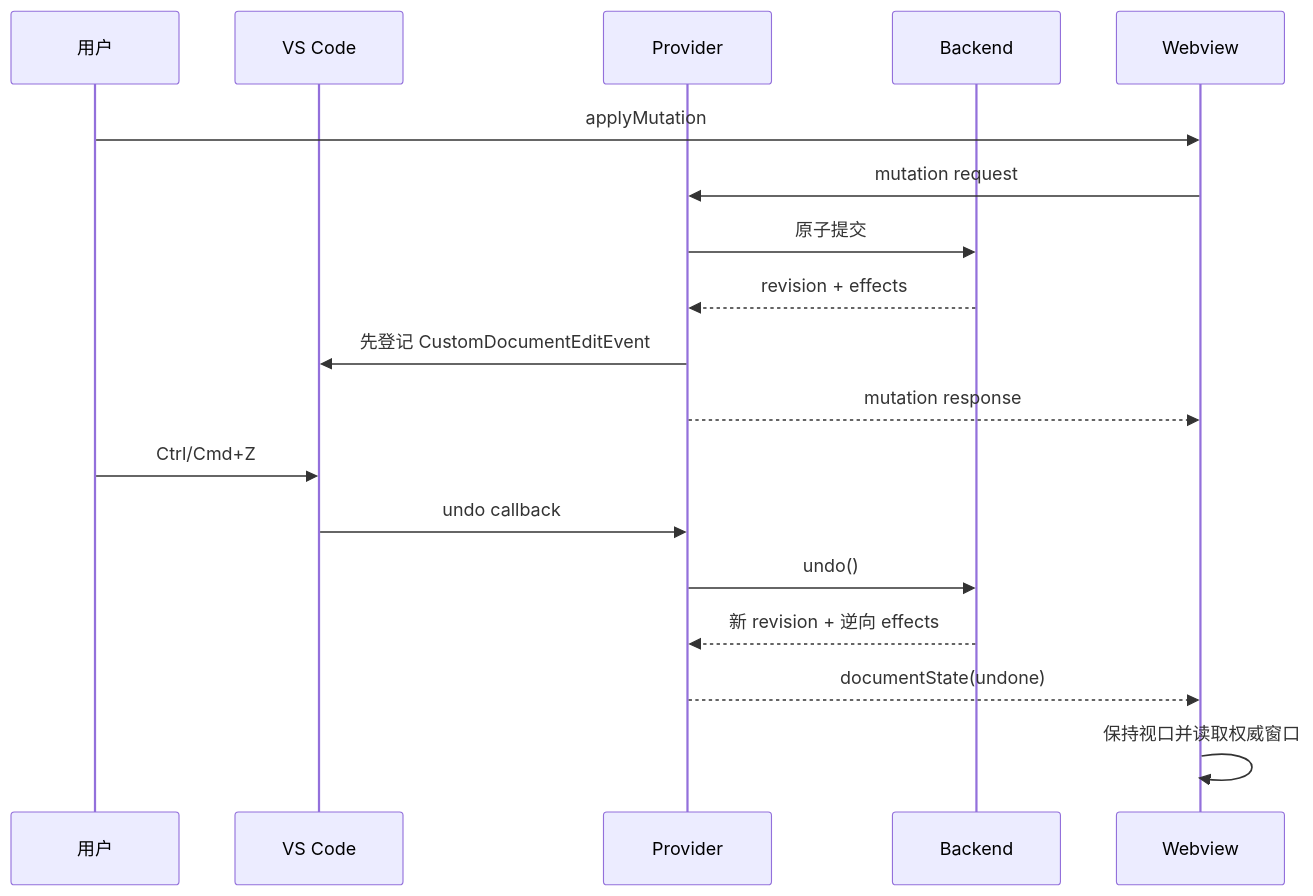
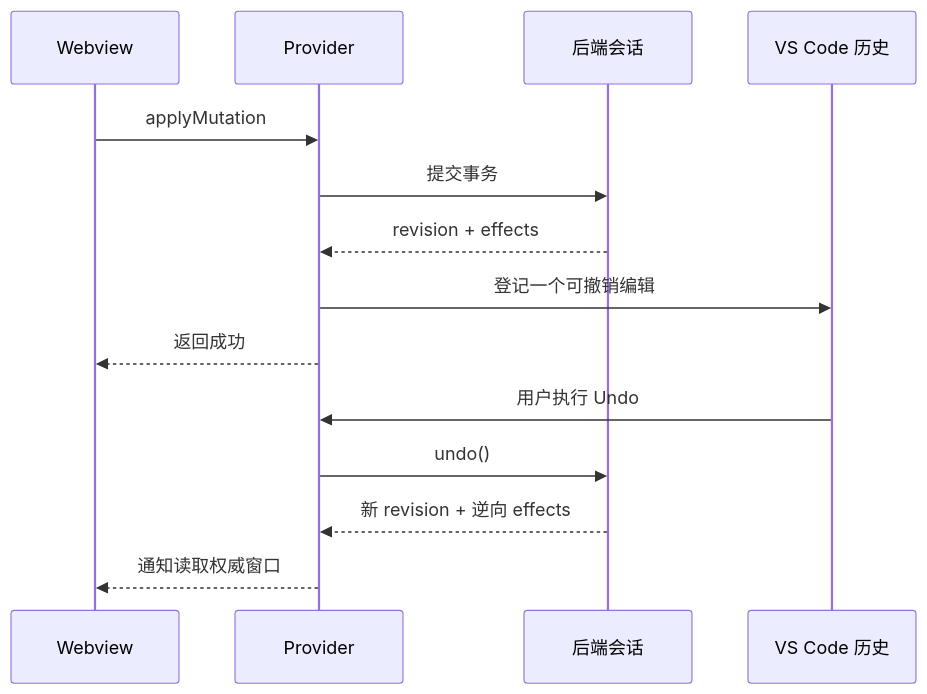
One commit to a306796405/huge-vtable changed the sixth of 9 diagrams in docs/v22-lite-markdown-technical-solution.md. Above: the diagram before and after it, drawn with Mermaid. The commit also changed other lines of this file and 8 other files, not shown here.

````diff
--- a/docs/v22-lite-markdown-technical-solution.md
+++ b/docs/v22-lite-markdown-technical-solution.md
@@ -597,21 +495,17 @@
 ```mermaid
 sequenceDiagram
-    participant User as 用户
-    participant VS as VS Code
+    participant W as Webview
     participant P as Provider
-    participant B as Backend
-    participant W as Webview
+    participant B as 后端会话
+    participant VS as VS Code 历史
 
-    User->>W: applyMutation
-    W->>P: mutation request
-    P->>B: 原子提交
+    W->>P: applyMutation
+    P->>B: 提交事务
     B-->>P: revision + effects
-    P->>VS: 先登记 CustomDocumentEditEvent
-    P-->>W: mutation response
-    User->>VS: Ctrl/Cmd+Z
-    VS->>P: undo callback
+    P->>VS: 登记一个可撤销编辑
+    P-->>W: 返回成功
+    VS->>P: 用户执行 Undo
     P->>B: undo()
     B-->>P: 新 revision + 逆向 effects
-    P-->>W: documentState(undone)
-    W->>W: 保持视口并读取权威窗口
+    P-->>W: 通知读取权威窗口
 ```
````
